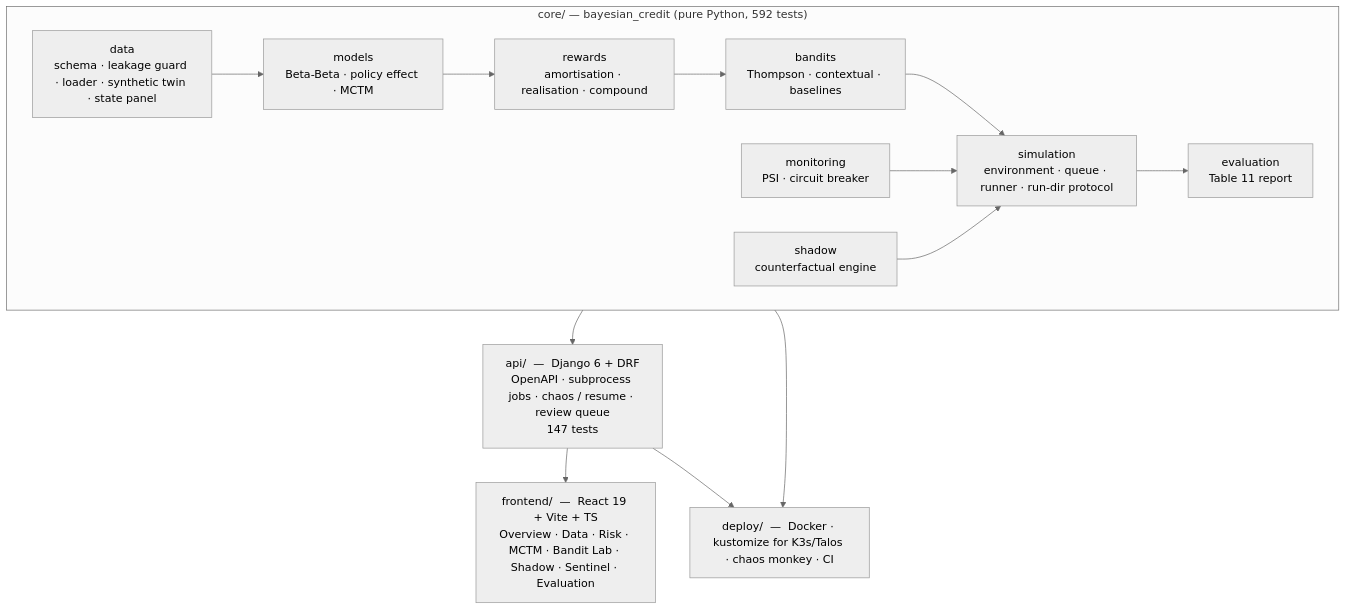
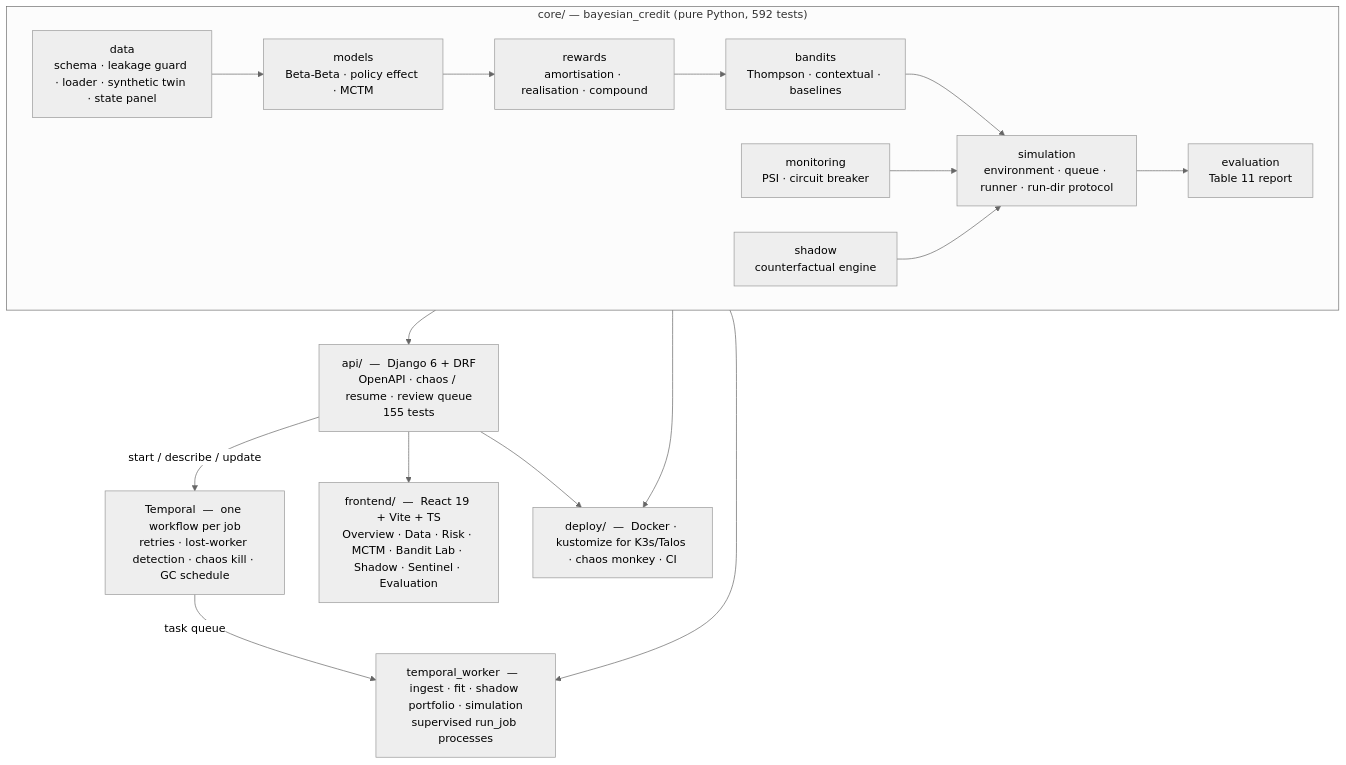
One commit to mistiusiu/bayesian-credit changed the tenth of 11 diagrams in README.md. Above: the diagram before and after it, drawn with Mermaid (neutral theme). The commit also changed other lines of this file and 5 other files, not shown here.

Commit message:
docs(jobs): Document the Temporal job architecture

````diff
--- a/README.md
+++ b/README.md
@@ -230,23 +230,27 @@
 ```mermaid
 flowchart TB
     subgraph core["core/  —  bayesian_credit  (pure Python, 592 tests)"]
         direction LR
         D["data<br/>schema · leakage guard · loader · synthetic twin · state panel"]
         MO["models<br/>Beta-Beta · policy effect · MCTM"]
         RW["rewards<br/>amortisation · realisation · compound"]
         BA["bandits<br/>Thompson · contextual · baselines"]
         MN["monitoring<br/>PSI · circuit breaker"]
         SH["shadow<br/>counterfactual engine"]
         SI["simulation<br/>environment · queue · runner · run-dir protocol"]
         EV["evaluation<br/>Table 11 report"]
         D --> MO --> RW --> BA --> SI
         MN --> SI
         SH --> SI --> EV
     end
-    API["api/  —  Django 6 + DRF<br/>OpenAPI · subprocess jobs · chaos / resume · review queue<br/>147 tests"]
+    API["api/  —  Django 6 + DRF<br/>OpenAPI · chaos / resume · review queue<br/>155 tests"]
+    TMP["Temporal  —  one workflow per job<br/>retries · lost-worker detection · chaos kill · GC schedule"]
+    WRK["temporal_worker  —  ingest · fit · shadow portfolio · simulation<br/>supervised run_job processes"]
     WEB["frontend/  —  React 19 + Vite + TS<br/>Overview · Data · Risk · MCTM · Bandit Lab · Shadow · Sentinel · Evaluation"]
     DEP["deploy/  —  Docker · kustomize for K3s/Talos · chaos monkey · CI"]
     core --> API --> WEB
+    API -- "start / describe / update" --> TMP -- "task queue" --> WRK
+    core --> WRK
     core --> DEP
     API --> DEP
 ```
````
